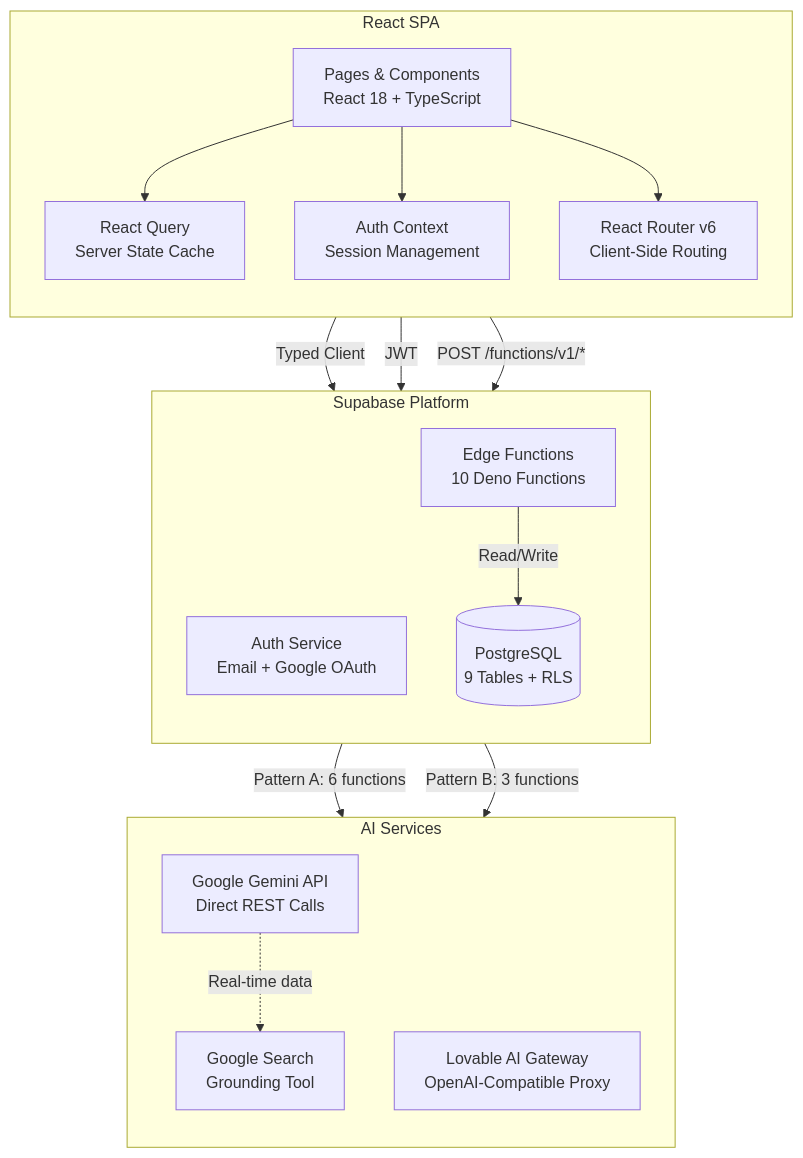
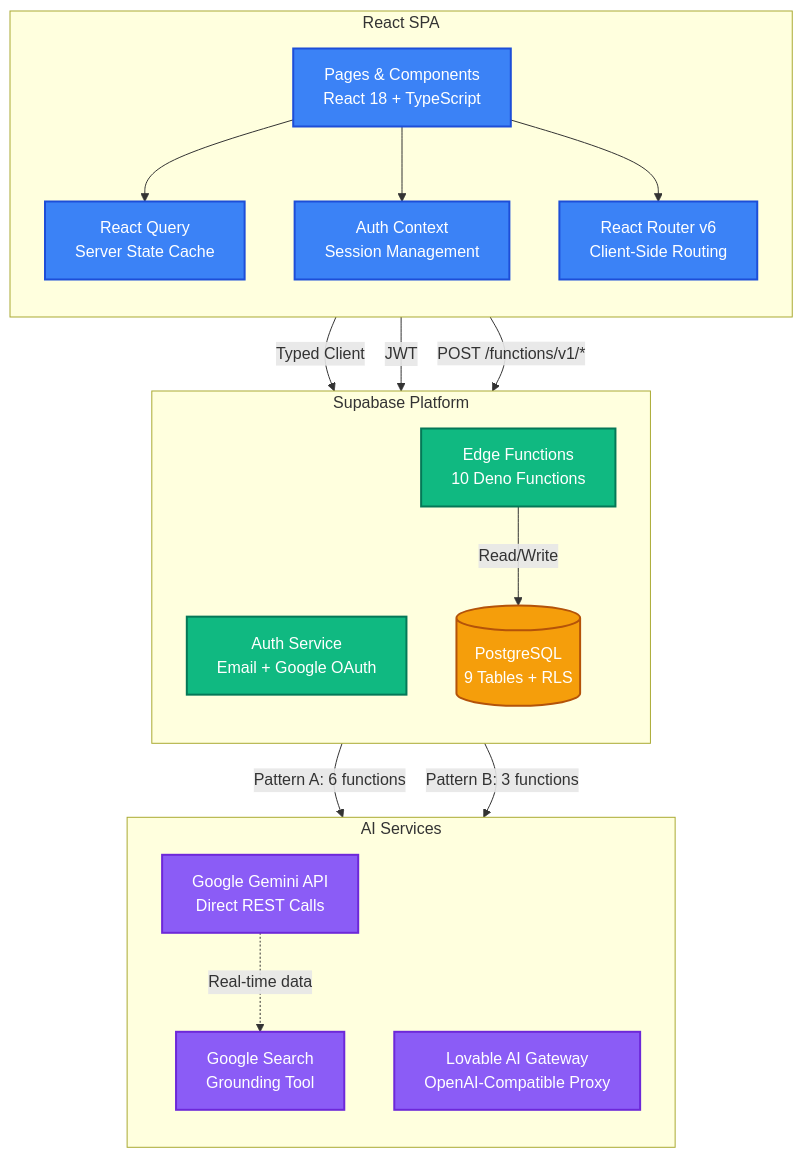
Before and after one commit to Adamya-Varshney/Xcurson-AI-Travel-Planner: the first of 9 diagrams in README.md, drawn with Mermaid. The commit also changed other lines of this file, not shown here.

First line of the commit message:
Style README diagrams with bright color-coded theme

````diff
--- a/README.md
+++ b/README.md
@@ -46,35 +46,45 @@
 ```mermaid
 graph TB
     subgraph CLIENT["React SPA"]
         direction TB
         UI["Pages & Components\nReact 18 + TypeScript"]
         RQ["React Query\nServer State Cache"]
         AUTH_CTX["Auth Context\nSession Management"]
         ROUTER["React Router v6\nClient-Side Routing"]
     end
 
     subgraph SUPABASE["Supabase Platform"]
         direction TB
         SB_AUTH["Auth Service\nEmail + Google OAuth"]
         SB_DB[("PostgreSQL\n9 Tables + RLS")]
         SB_EDGE["Edge Functions\n10 Deno Functions"]
     end
 
     subgraph AI["AI Services"]
         direction TB
         GEMINI["Google Gemini API\nDirect REST Calls"]
         LOVABLE["Lovable AI Gateway\nOpenAI-Compatible Proxy"]
         SEARCH["Google Search\nGrounding Tool"]
     end
 
     UI --> RQ
     UI --> AUTH_CTX
     UI --> ROUTER
     RQ -->|"Typed Client"| SB_DB
     AUTH_CTX -->|"JWT"| SB_AUTH
     RQ -->|"POST /functions/v1/*"| SB_EDGE
     SB_EDGE -->|"Pattern A: 6 functions"| GEMINI
     SB_EDGE -->|"Pattern B: 3 functions"| LOVABLE
     GEMINI -.->|"Real-time data"| SEARCH
     SB_EDGE -->|"Read/Write"| SB_DB
+
+    classDef frontend fill:#3B82F6,stroke:#1D4ED8,color:#FFFFFF,stroke-width:2px
+    classDef backend fill:#10B981,stroke:#047857,color:#FFFFFF,stroke-width:2px
+    classDef ai fill:#8B5CF6,stroke:#6D28D9,color:#FFFFFF,stroke-width:2px
+    classDef database fill:#F59E0B,stroke:#B45309,color:#FFFFFF,stroke-width:2px
+
+    class UI,RQ,AUTH_CTX,ROUTER frontend
+    class SB_AUTH,SB_EDGE backend
+    class SB_DB database
+    class GEMINI,LOVABLE,SEARCH ai
 ```
````
